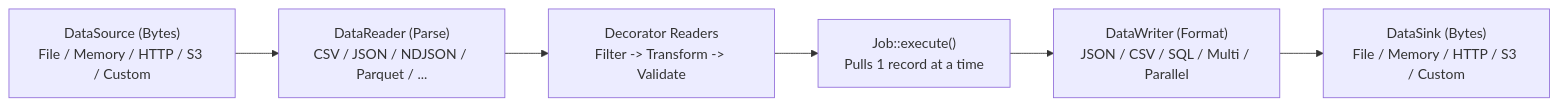
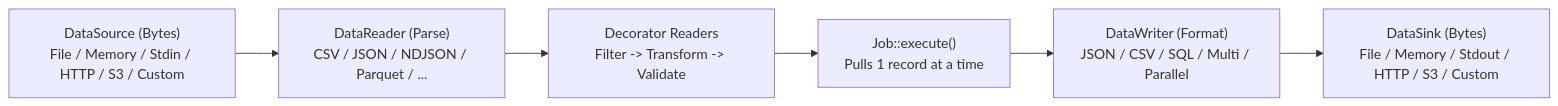
One commit to pujansrt/data-genie-rs changed the diagram in CODEBASE_GUIDE.md. Above: the diagram before and after it, drawn with Mermaid. The commit also changed other lines of this file and 2 other files, not shown here.

````diff
--- a/CODEBASE_GUIDE.md
+++ b/CODEBASE_GUIDE.md
@@ -13,11 +51,11 @@
 ```mermaid
 flowchart LR
-    Src["DataSource (Bytes)<br/>File / Memory / HTTP / S3 / Custom"]
+    Src["DataSource (Bytes)<br/>File / Memory / Stdin / HTTP / S3 / Custom"]
     Rdr["DataReader (Parse)<br/>CSV / JSON / NDJSON / Parquet / ..."]
     Dec["Decorator Readers<br/>Filter -> Transform -> Validate"]
     Job["Job::execute()<br/>Pulls 1 record at a time"]
     Wtr["DataWriter (Format)<br/>JSON / CSV / SQL / Multi / Parallel"]
-    Snk["DataSink (Bytes)<br/>File / Memory / HTTP / S3 / Custom"]
+    Snk["DataSink (Bytes)<br/>File / Memory / Stdout / HTTP / S3 / Custom"]
 
     Src --> Rdr --> Dec --> Job --> Wtr --> Snk
 ```
````
